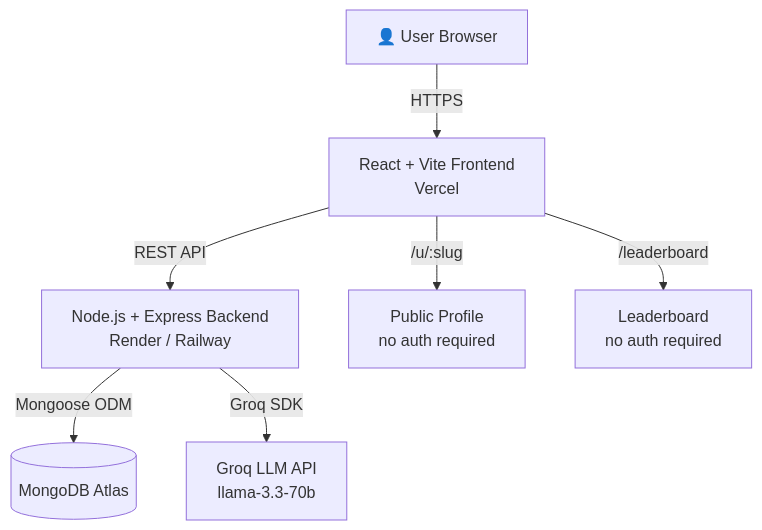
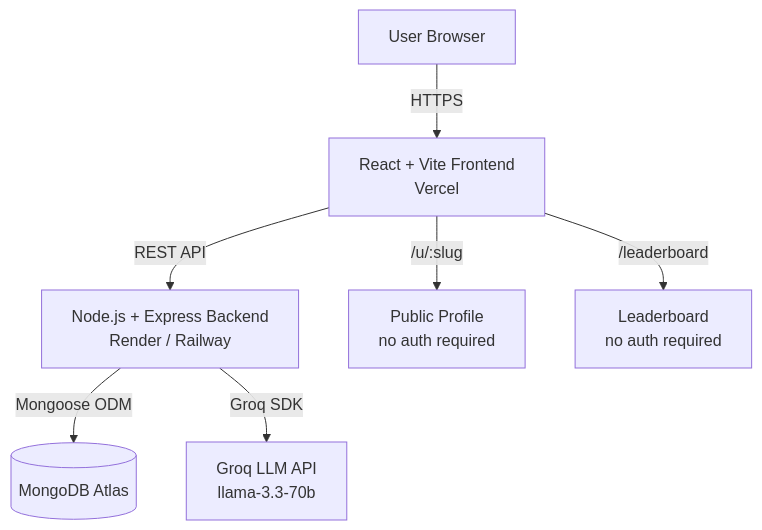
Before and after one commit to aparajitaks/skillproof: the diagram in docs/architecture.md, drawn with Mermaid. The commit also changed 16 other files, not shown here.

````diff
--- a/docs/architecture.md
+++ b/docs/architecture.md
@@ -11,9 +11,9 @@
 ```mermaid
 graph TD
-    U[👤 User Browser] -->|HTTPS| FE[React + Vite Frontend\nVercel]
+    U[User Browser] -->|HTTPS| FE[React + Vite Frontend\nVercel]
     FE -->|REST API| BE[Node.js + Express Backend\nRender / Railway]
     BE -->|Mongoose ODM| DB[(MongoDB Atlas)]
     BE -->|Groq SDK| AI[Groq LLM API\nllama-3.3-70b]
     FE -->|/u/:slug| PP[Public Profile\nno auth required]
     FE -->|/leaderboard| LB[Leaderboard\nno auth required]
 ```
````
